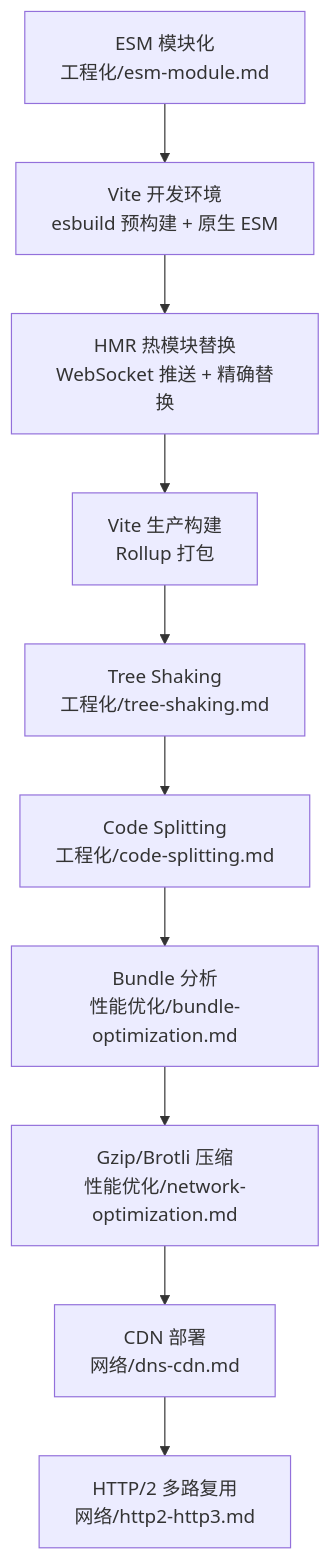
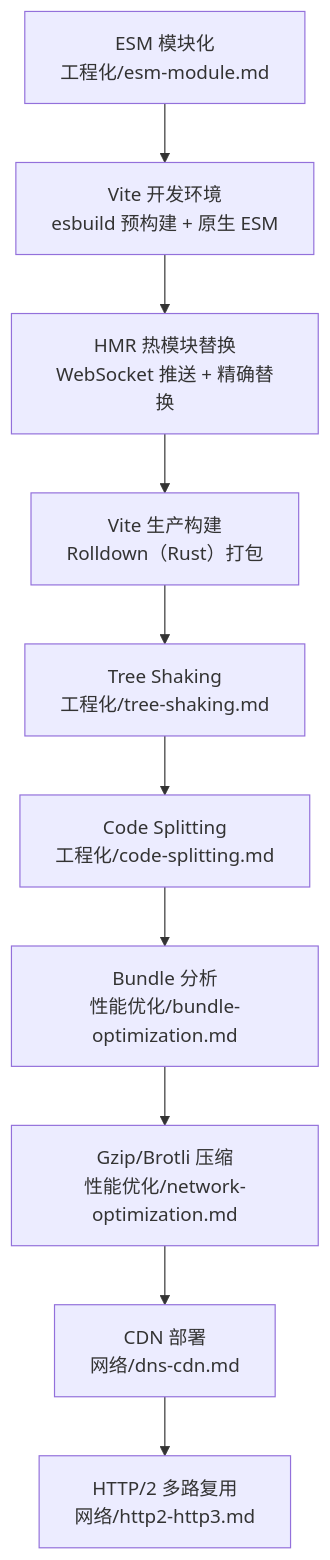
Before and after one commit to zjh42139/interview-notes: the second of 2 diagrams in docs/工程化/vite.md, drawn with Mermaid. The commit also changed other lines of this file and 5 other files, not shown here.

First line of the commit message:
feat(工程化): Vite 知识点 Rolldown 更新——Vite 8+ 默认打包器

````diff
--- a/docs/工程化/vite.md
+++ b/docs/工程化/vite.md
@@ -257,12 +261,12 @@
 ```mermaid
 flowchart TD
   A["ESM 模块化<br/>工程化/esm-module.md"] --> B["Vite 开发环境<br/>esbuild 预构建 + 原生 ESM"]
   B --> C["HMR 热模块替换<br/>WebSocket 推送 + 精确替换"]
-  C --> D["Vite 生产构建<br/>Rollup 打包"]
+  C --> D["Vite 生产构建<br/>Rolldown（Rust）打包"]
   D --> E["Tree Shaking<br/>工程化/tree-shaking.md"]
   E --> F["Code Splitting<br/>工程化/code-splitting.md"]
   F --> G["Bundle 分析<br/>性能优化/bundle-optimization.md"]
   G --> H["Gzip/Brotli 压缩<br/>性能优化/network-optimization.md"]
   H --> I["CDN 部署<br/>网络/dns-cdn.md"]
   I --> J["HTTP/2 多路复用<br/>网络/http2-http3.md"]
 ```
````
